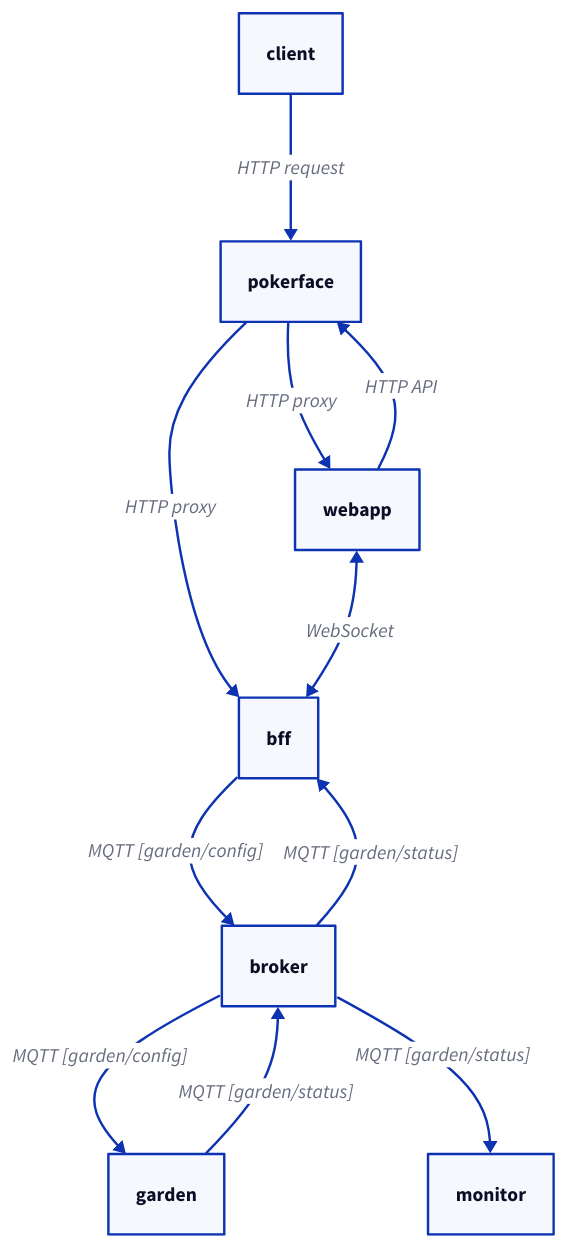
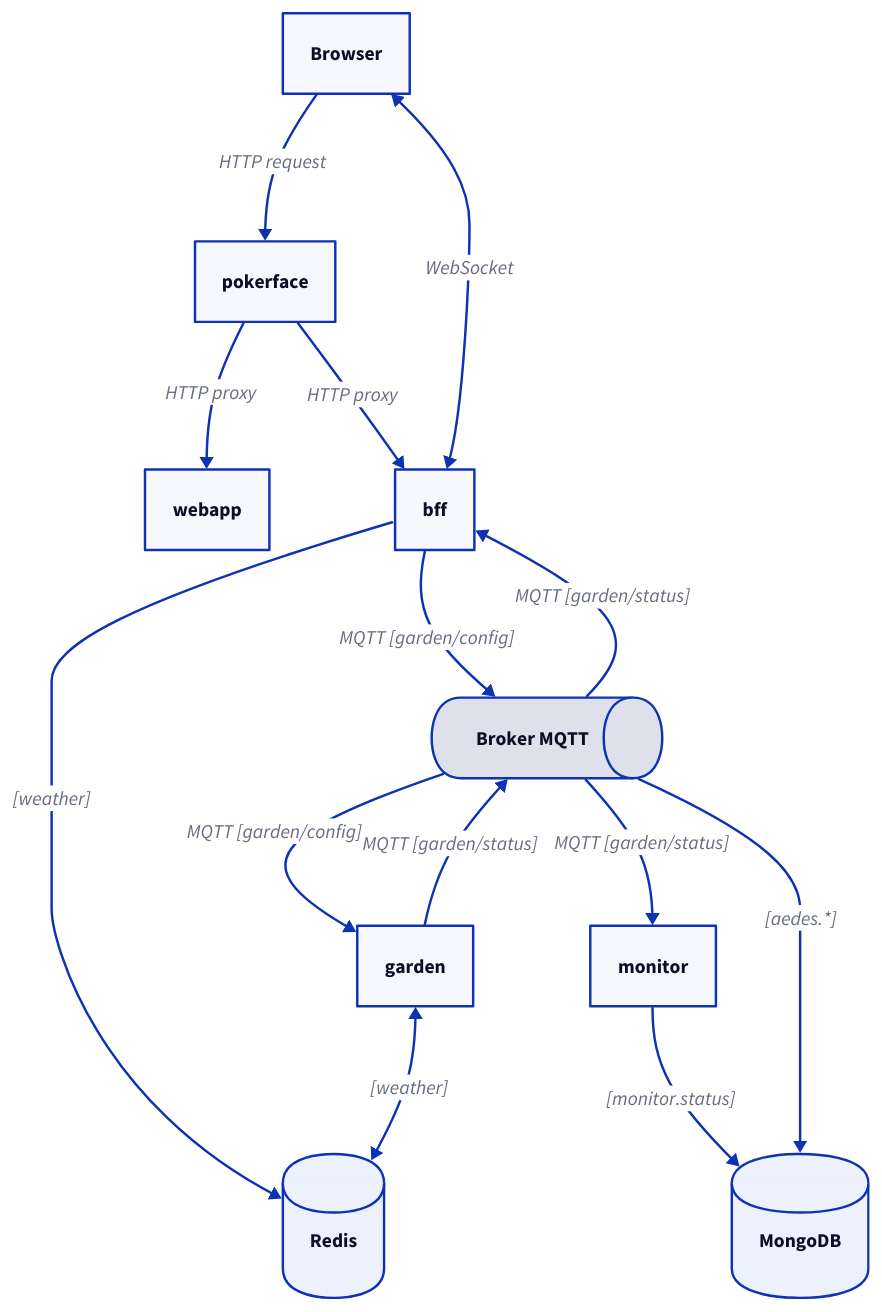
Before and after one commit to sandrolain/irrigate: the diagram in irrigate.d2, drawn with D2. The commit also changed 4 other files, not shown here.

Commit message:
Diagram update

```diff
--- a/irrigate.d2
+++ b/irrigate.d2
@@ -1,11 +1,21 @@
-client -> pokerface: HTTP request
+Browser -> pokerface: HTTP request
 pokerface -> webapp: HTTP proxy
 pokerface -> bff: HTTP proxy
 
-webapp -> pokerface: HTTP API
-webapp <-> bff: WebSocket
+Browser <-> bff: WebSocket
 bff -> broker: MQTT \[garden/config\]
 broker -> garden: MQTT \[garden/config\]
 garden -> broker: MQTT \[garden/status\]
 broker -> monitor : MQTT \[garden/status\]
 broker -> bff : MQTT \[garden/status\]
+
+bff -> Redis : \[weather\]
+garden <-> Redis : \[weather\]
+
+monitor -> MongoDB : \[monitor.status\]
+broker -> MongoDB : \[aedes.*\]
+
+broker: Broker MQTT
+broker.shape: queue
+MongoDB.shape: cylinder
+Redis.shape: cylinder
```
